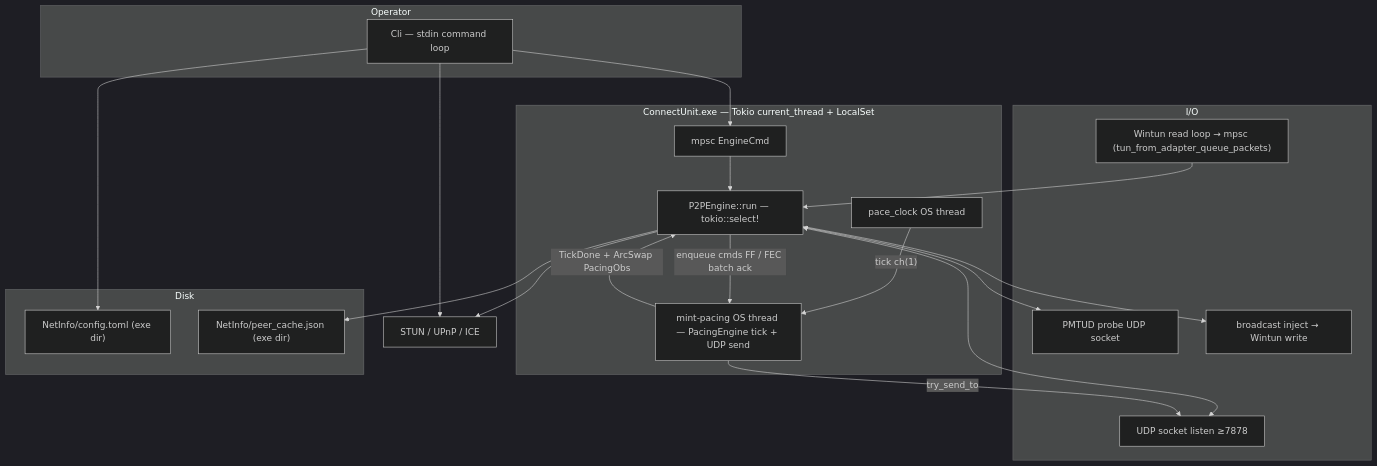
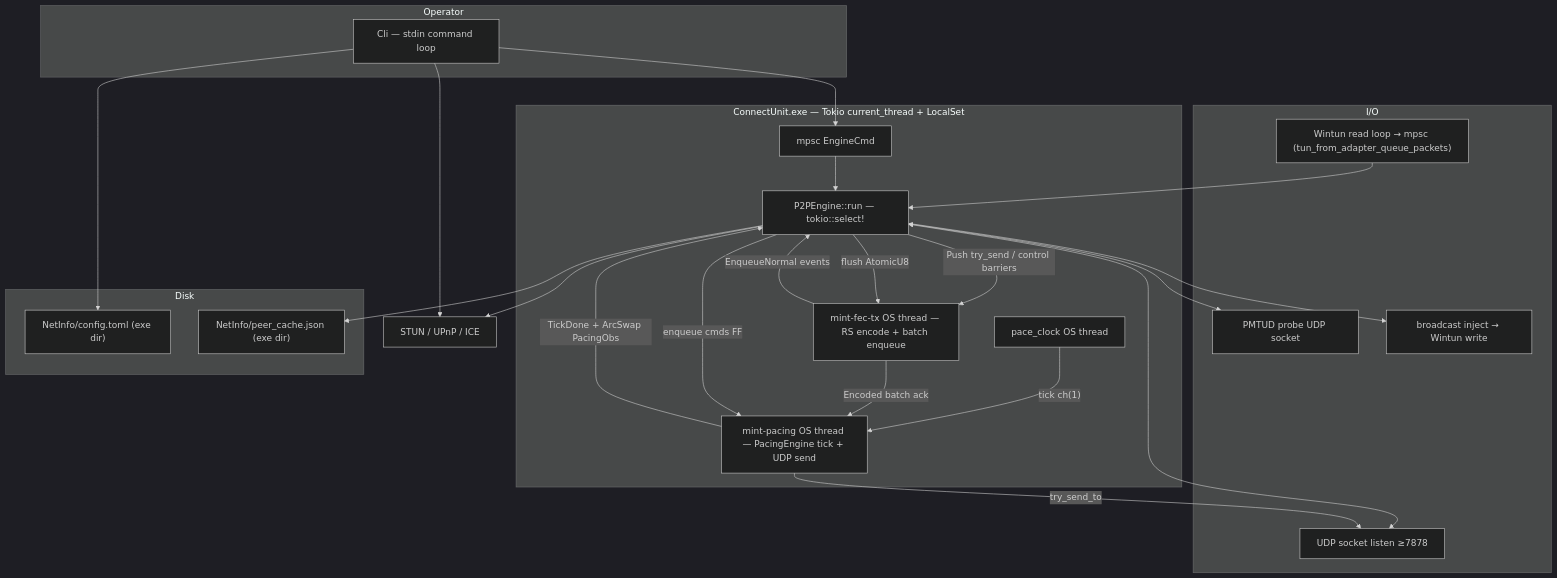
The diagram in SPEC.md (4bit-minteger/Mint-ConnectUnit), drawn with Mermaid (dark theme) before and after one commit. The commit also changed other lines of this file and 16 other files, not shown here.

````diff
--- a/SPEC.md
+++ b/SPEC.md
@@ -44,35 +44,40 @@
 ```mermaid
 flowchart TB
   subgraph user["Operator"]
     CLI["Cli — stdin command loop"]
   end
   subgraph mint["ConnectUnit.exe — Tokio current_thread + LocalSet"]
     CMD["mpsc EngineCmd"]
     ENG["P2PEngine::run — tokio::select!"]
     CLK["pace_clock OS thread"]
     PACW["mint-pacing OS thread — PacingEngine tick + UDP send"]
+    FECTX["mint-fec-tx OS thread — RS encode + batch enqueue"]
     CLI --> CMD --> ENG
     CLK -->|"tick ch(1)"| PACW
-    ENG -->|"enqueue cmds FF / FEC batch ack"| PACW
+    ENG -->|"Push try_send / control barriers"| FECTX
+    FECTX -->|"Encoded batch ack"| PACW
+    FECTX -->|"EnqueueNormal events"| ENG
+    ENG -->|"enqueue cmds FF"| PACW
     PACW -->|"TickDone + ArcSwap PacingObs"| ENG
+    ENG -->|"flush AtomicU8"| FECTX
   end
   subgraph io["I/O"]
     UDP["UDP socket listen ≥7878"]
     PROBE["PMTUD probe UDP socket"]
     TUNR["Wintun read loop → mpsc (tun_from_adapter_queue_packets)"]
     TUNI["broadcast inject → Wintun write"]
   end
   subgraph disk["Disk"]
     CFG["NetInfo/config.toml (exe dir)"]
     CACHE["NetInfo/peer_cache.json (exe dir)"]
   end
   ENG <--> UDP
   PACW -->|"try_send_to"| UDP
   ENG <--> PROBE
   TUNR --> ENG
   ENG --> TUNI
   CLI --> CFG
   ENG --> CACHE
   CLI --> STUN_UPnP["STUN / UPnP / ICE"]
   ENG --> STUN_UPnP
 ```
````
